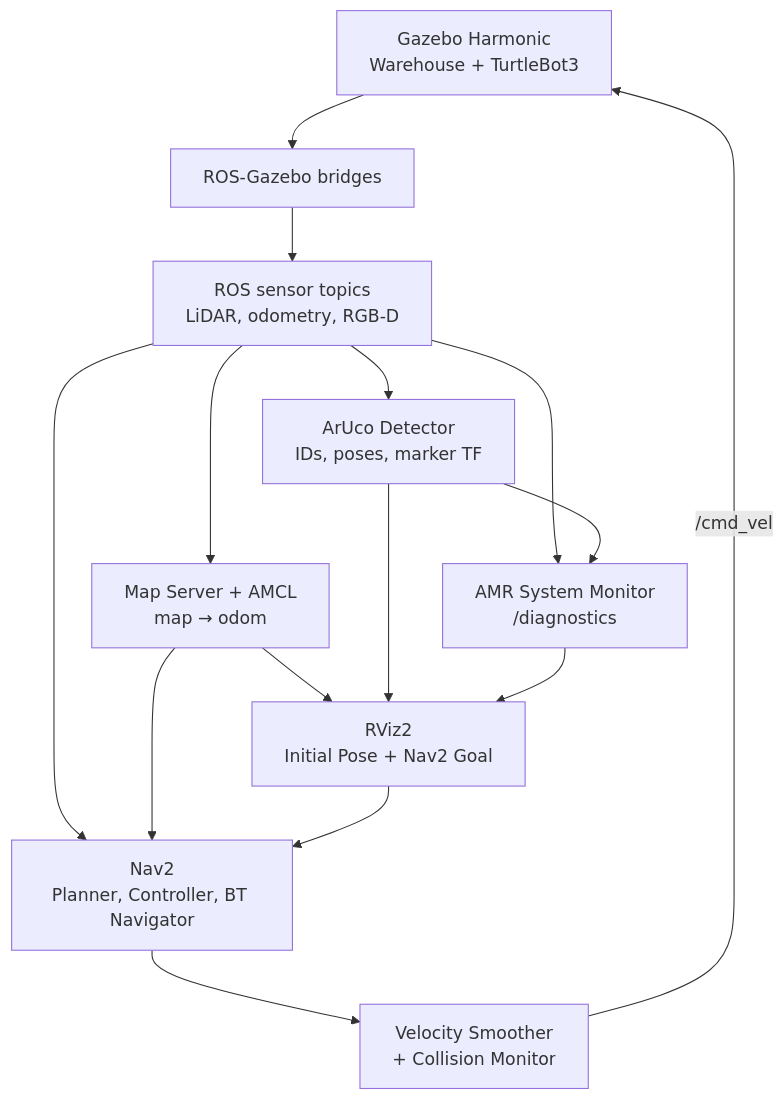
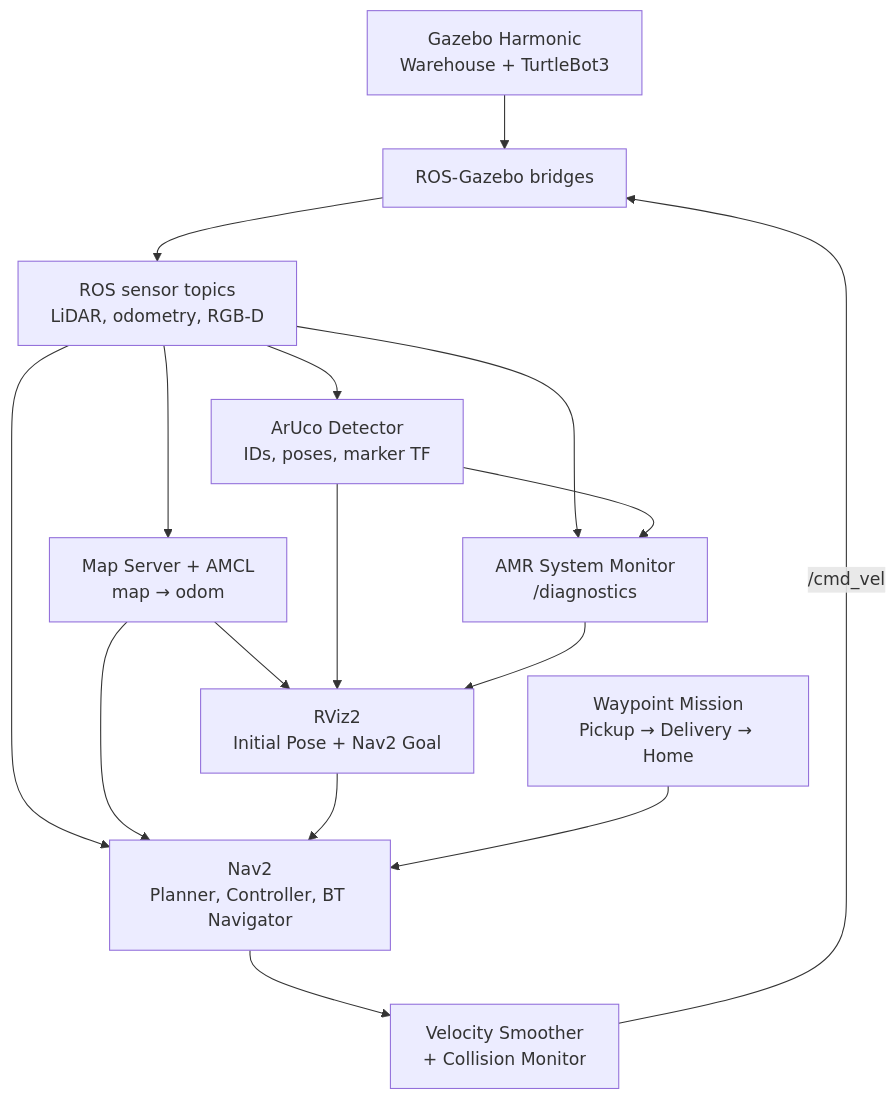
Before and after one commit to nattannsra18/amr-navigation-vision-diagnostics: the diagram in README.md, drawn with Mermaid. The commit also changed other lines of this file, not shown here.

Commit message:
docs: refine README, demo test, and roadmap

````diff
--- a/README.md
+++ b/README.md
@@ -28,25 +29,27 @@
 ```mermaid
 flowchart TB
     SIM["Gazebo Harmonic<br/>Warehouse + TurtleBot3"]
     BRIDGE["ROS-Gazebo bridges"]
     SENSOR["ROS sensor topics<br/>LiDAR, odometry, RGB-D"]
     LOCAL["Map Server + AMCL<br/>map → odom"]
     NAV["Nav2<br/>Planner, Controller, BT Navigator"]
     SAFE["Velocity Smoother<br/>+ Collision Monitor"]
     VISION["ArUco Detector<br/>IDs, poses, marker TF"]
     DIAG["AMR System Monitor<br/>/diagnostics"]
     RVIZ["RViz2<br/>Initial Pose + Nav2 Goal"]
+    MISSION["Waypoint Mission<br/>Pickup → Delivery → Home"]
 
     SIM --> BRIDGE --> SENSOR
     SENSOR --> LOCAL
     SENSOR --> NAV
     SENSOR --> VISION
     SENSOR --> DIAG
     LOCAL --> NAV
     LOCAL --> RVIZ
     RVIZ --> NAV
-    NAV --> SAFE -->|/cmd_vel| SIM
+    MISSION --> NAV
+    NAV --> SAFE -->|/cmd_vel| BRIDGE
     VISION --> DIAG
     VISION --> RVIZ
     DIAG --> RVIZ
 ```
````
